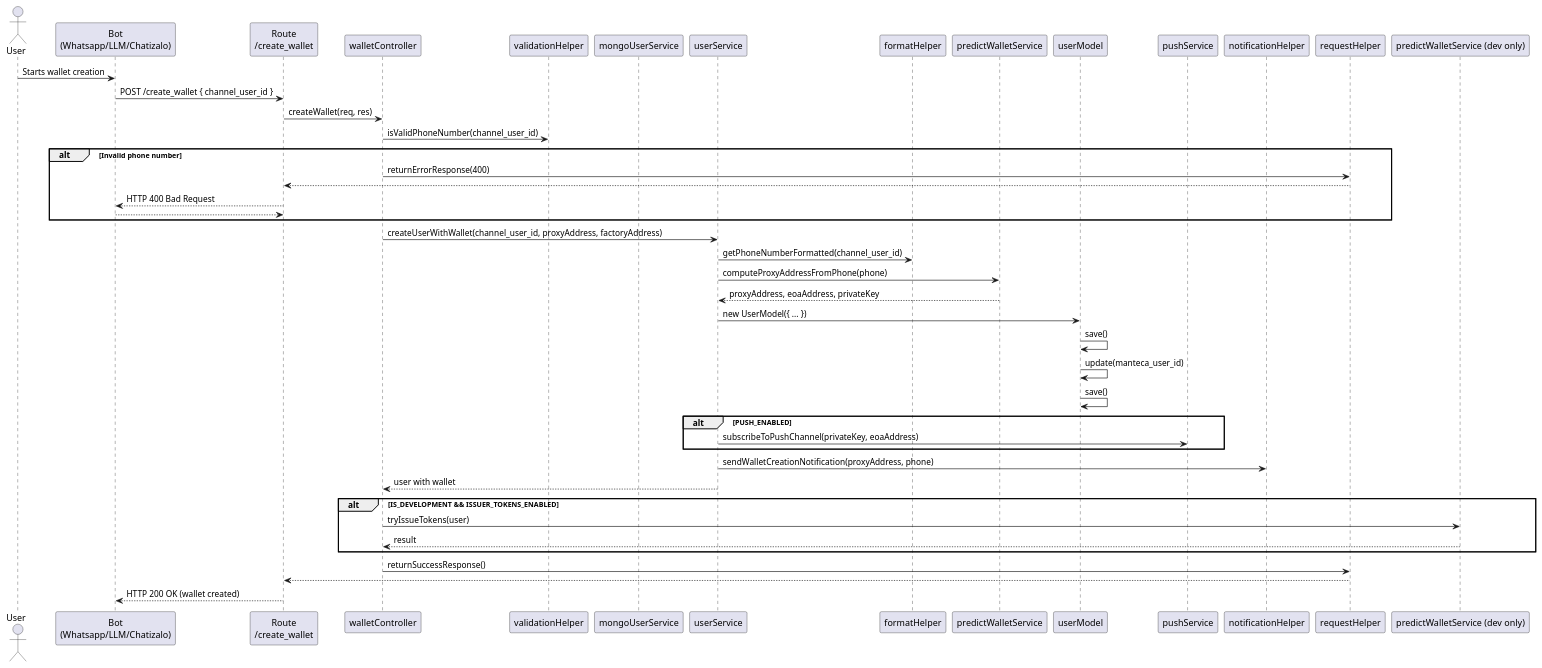
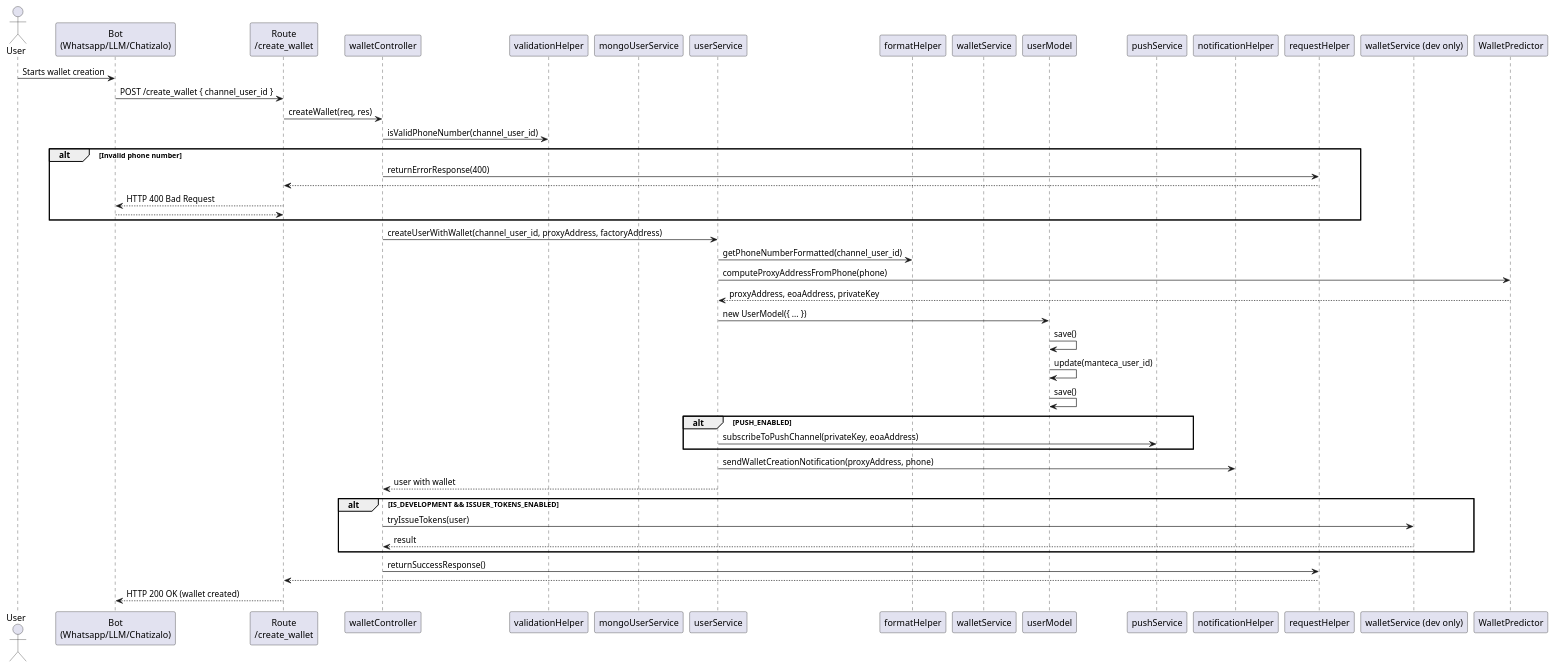
One commit to P4-Games/ChatterPay-Backend changed the diagram in .doc/development/sequence-diagrams/create-wallet-1.puml. Above: the diagram before and after it, drawn with PlantUML. The commit also changed 16 other files, not shown here.

```diff
--- a/.doc/development/sequence-diagrams/create-wallet-1.puml
+++ b/.doc/development/sequence-diagrams/create-wallet-1.puml
@@ -1,56 +1,56 @@
 @startuml
 actor User
 participant "Bot\n(Whatsapp/LLM/Chatizalo)" as FE
 participant "Route\n/create_wallet" as Route
 participant "walletController" as Controller
 participant "validationHelper" as Validator
 participant "mongoUserService" as MongoService
 participant "userService" as UserService
 participant "formatHelper" as Formatter
-participant "predictWalletService" as WalletPredictor
+participant "walletService" as WalletService
 participant "userModel" as UserModel
 participant "pushService" as PushService
 participant "notificationHelper" as Notifier
 participant "requestHelper" as Response
-participant "predictWalletService (dev only)" as TokenIssuer
+participant "walletService (dev only)" as TokenIssuer
 
 User -> FE: Starts wallet creation
 FE -> Route: POST /create_wallet { channel_user_id }
 Route -> Controller: createWallet(req, res)
 
 Controller -> Validator: isValidPhoneNumber(channel_user_id)
 alt Invalid phone number
     Controller -> Response: returnErrorResponse(400)
     Response --> Route
     Route --> FE: HTTP 400 Bad Request
     return
 end
 
 Controller -> UserService: createUserWithWallet(channel_user_id, proxyAddress, factoryAddress)
 
 UserService -> Formatter: getPhoneNumberFormatted(channel_user_id)
 UserService -> WalletPredictor: computeProxyAddressFromPhone(phone)
 WalletPredictor --> UserService: proxyAddress, eoaAddress, privateKey
 
 UserService -> UserModel: new UserModel({ ... })
 UserModel -> UserModel: save()
 UserModel -> UserModel: update(manteca_user_id)
 UserModel -> UserModel: save()
 
 alt PUSH_ENABLED
     UserService -> PushService: subscribeToPushChannel(privateKey, eoaAddress)
 end
 
 UserService -> Notifier: sendWalletCreationNotification(proxyAddress, phone)
 
 UserService --> Controller: user with wallet
 
 alt IS_DEVELOPMENT && ISSUER_TOKENS_ENABLED
     Controller -> TokenIssuer: tryIssueTokens(user)
     TokenIssuer --> Controller: result
 end
 
 Controller -> Response: returnSuccessResponse()
 Response --> Route
 Route --> FE: HTTP 200 OK (wallet created)
 @enduml
```
